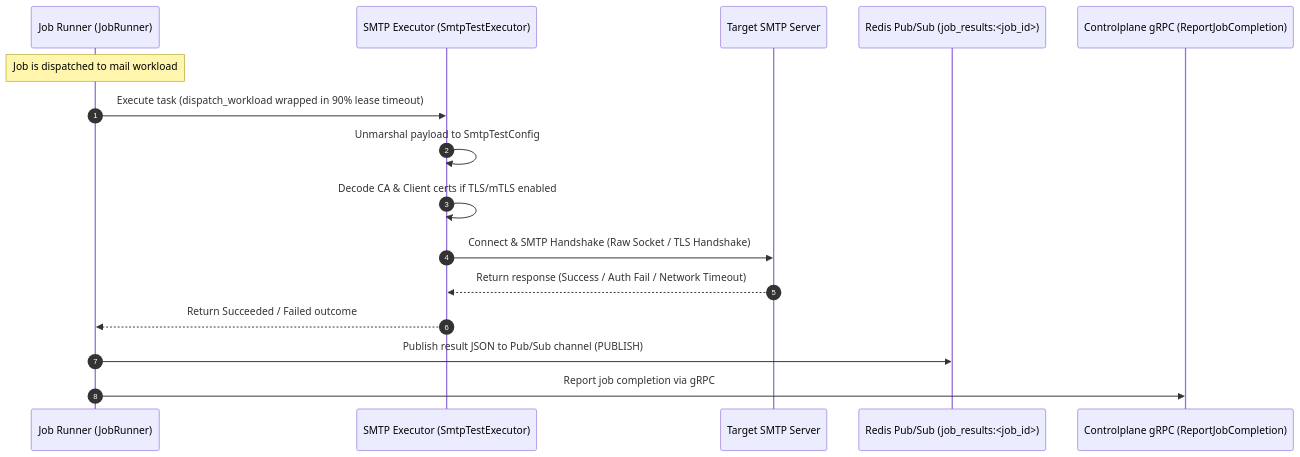
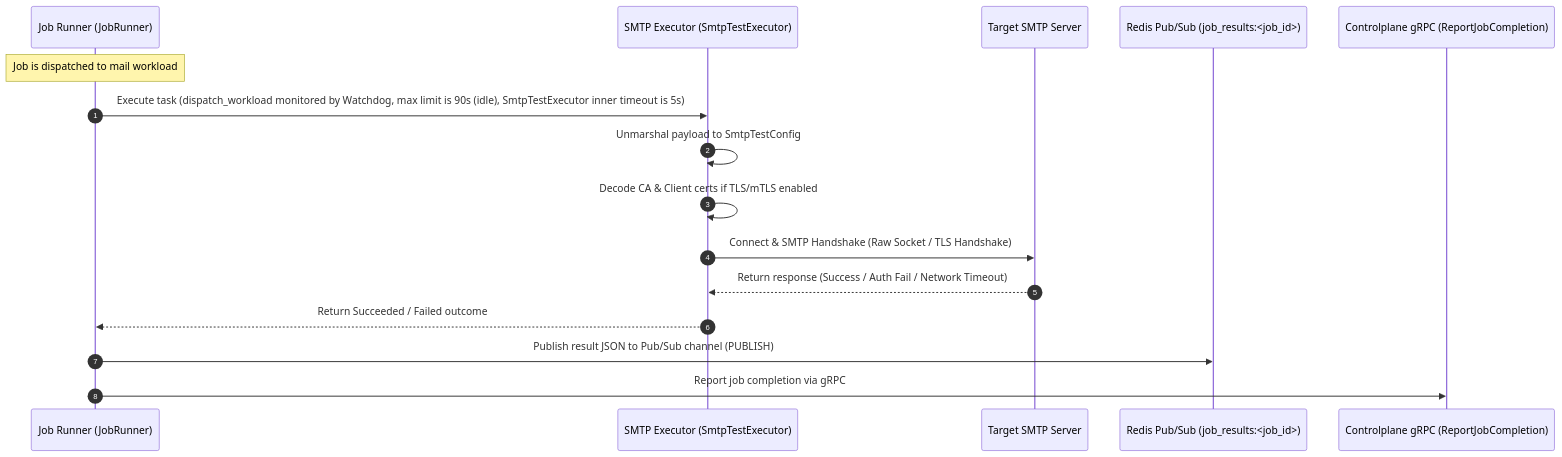
The third of 4 diagrams in spec/mail/try_connect_workflow.md (phucle996/aurora), drawn with Mermaid before and after one commit. The commit also changed other lines of this file and 27 other files, not shown here.

````diff
--- a/spec/mail/try_connect_workflow.md
+++ b/spec/mail/try_connect_workflow.md
@@ -167,22 +168,22 @@
 ```mermaid
 sequenceDiagram
     autonumber
     participant JR as Job Runner (JobRunner)
     participant EX as SMTP Executor (SmtpTestExecutor)
     participant SMTP as Target SMTP Server
     participant RP as Redis Pub/Sub (job_results:<job_id>)
     participant CP as Controlplane gRPC (ReportJobCompletion)
 
     Note over JR: Job is dispatched to mail workload
-    JR->>EX: Execute task (dispatch_workload wrapped in 90% lease timeout)
+    JR->>EX: Execute task (dispatch_workload monitored by Watchdog, max limit is 90s (idle), SmtpTestExecutor inner timeout is 5s)
     
     EX->>EX: Unmarshal payload to SmtpTestConfig
     EX->>EX: Decode CA & Client certs if TLS/mTLS enabled
     EX->>SMTP: Connect & SMTP Handshake (Raw Socket / TLS Handshake)
     SMTP-->>EX: Return response (Success / Auth Fail / Network Timeout)
     
     EX-->>JR: Return Succeeded / Failed outcome
     
     JR->>RP: Publish result JSON to Pub/Sub channel (PUBLISH)
     JR->>CP: Report job completion via gRPC
 ```
````
